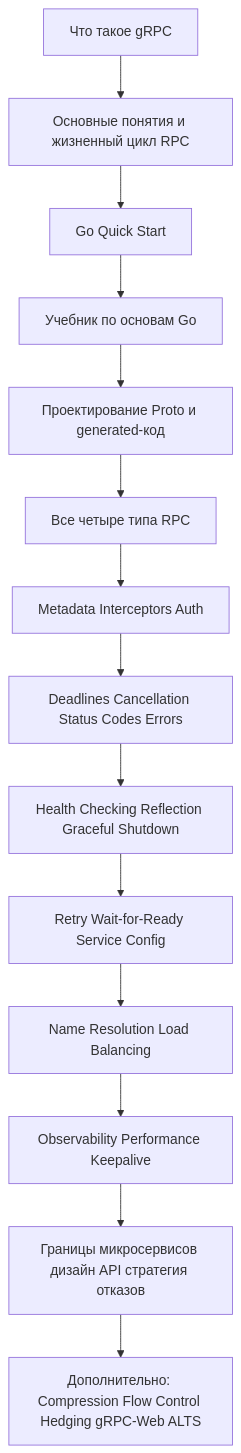
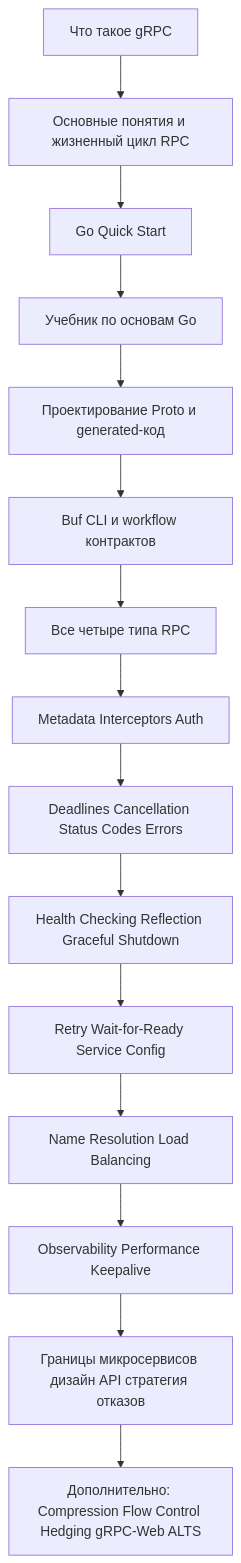
Before and after one commit to LeeDark/go-microservices-starter: the diagram in docs/learning/grpc-microservices-roadmap.ru.md, drawn with Mermaid. The commit also changed other lines of this file and 4 other files, not shown here.

````diff
--- a/docs/learning/grpc-microservices-roadmap.ru.md
+++ b/docs/learning/grpc-microservices-roadmap.ru.md
@@ -15,16 +14,17 @@
 ```mermaid
 flowchart TD
     A[Что такое gRPC] --> B[Основные понятия и жизненный цикл RPC]
     B --> C[Go Quick Start]
     C --> D[Учебник по основам Go]
     D --> E[Проектирование Proto и generated-код]
-    E --> F[Все четыре типа RPC]
+    E --> E2[Buf CLI и workflow контрактов]
+    E2 --> F[Все четыре типа RPC]
     F --> G[Metadata Interceptors Auth]
     G --> H[Deadlines Cancellation Status Codes Errors]
     H --> I[Health Checking Reflection Graceful Shutdown]
     I --> J[Retry Wait-for-Ready Service Config]
     J --> K[Name Resolution Load Balancing]
     K --> L[Observability Performance Keepalive]
     L --> M[Границы микросервисов дизайн API стратегия отказов]
     M --> N[Дополнительно: Compression Flow Control Hedging gRPC-Web ALTS]
 ```
````
